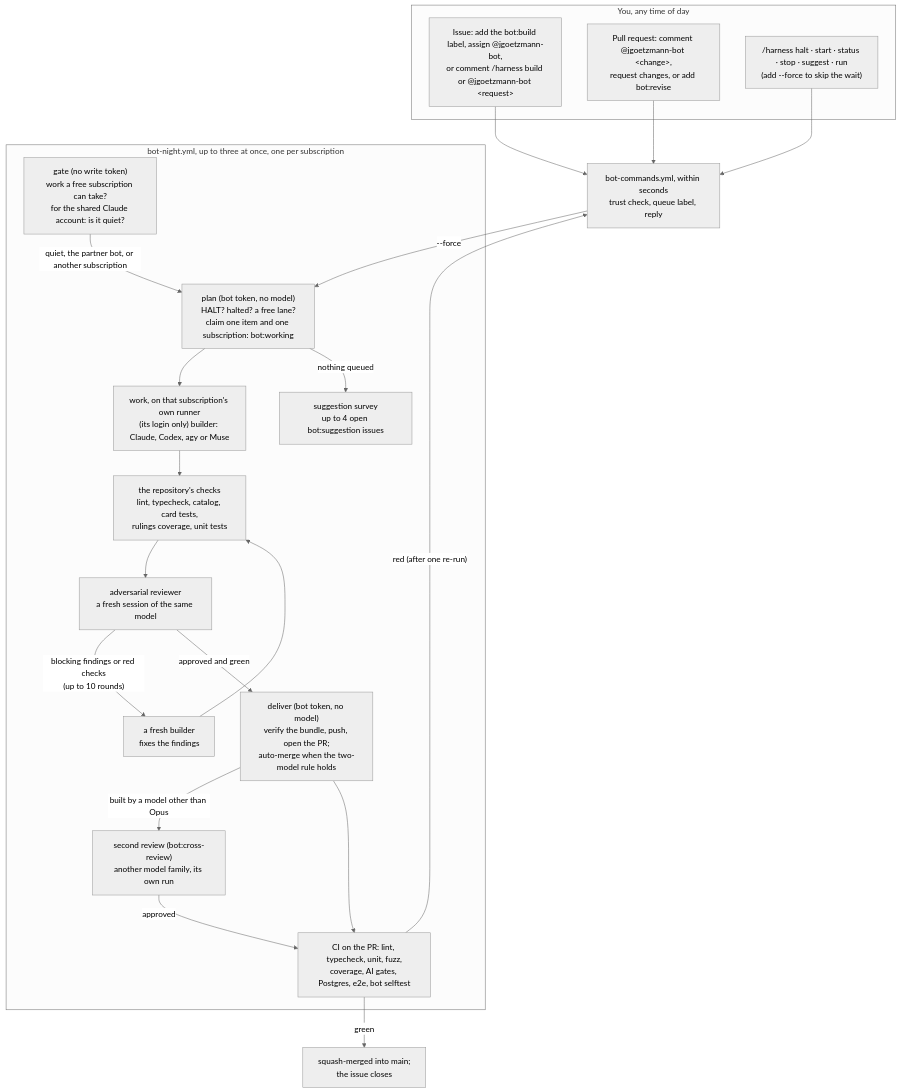
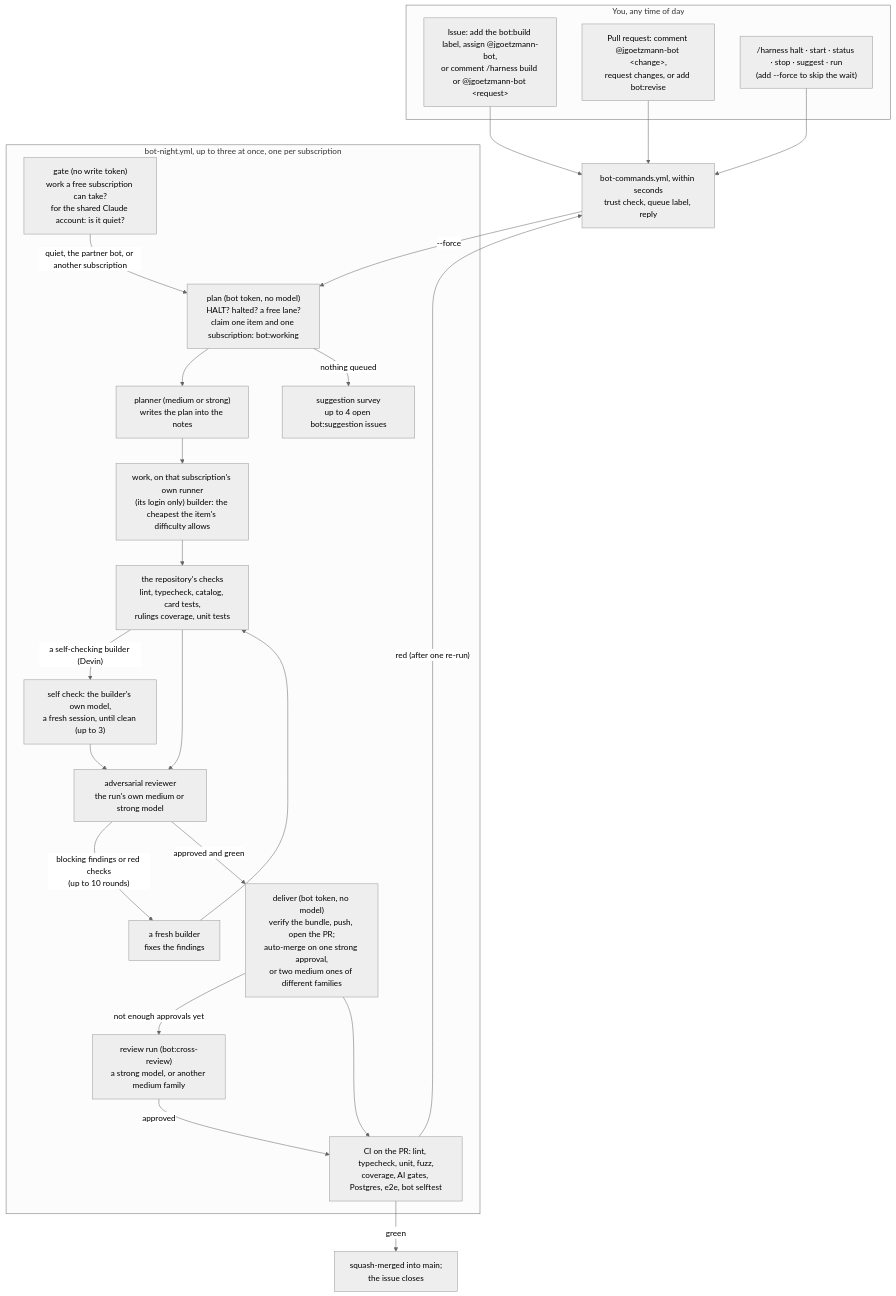
Before and after one commit to Jlore-Studios/JackiOh: the diagram in bot/README.md, drawn with Mermaid (neutral theme). The commit also changed other lines of this file and 28 other files, not shown here.

````diff
--- a/bot/README.md
+++ b/bot/README.md
@@ -21,30 +23,33 @@
 ```mermaid
 flowchart TD
   subgraph you["You, any time of day"]
     I["Issue: add the bot:build label, assign @jgoetzmann-bot,<br/>or comment /harness build or @jgoetzmann-bot &lt;request&gt;"]
     P["Pull request: comment @jgoetzmann-bot &lt;change&gt;,<br/>request changes, or add bot:revise"]
     K["/harness halt · start · status · stop · suggest · run<br/>(add --force to skip the wait)"]
   end
   I --> E
   P --> E
   K --> E
   E["bot-commands.yml, within seconds<br/>trust check, queue label, reply"]
   E -- "--force" --> PL
   subgraph night["bot-night.yml, up to three at once, one per subscription"]
     GA["gate (no write token)<br/>work a free subscription can take?<br/>for the shared Claude account: is it quiet?"]
     GA -- "quiet, the partner bot, or another subscription" --> PL
     PL["plan (bot token, no model)<br/>HALT? halted? a free lane?<br/>claim one item and one subscription: bot:working"]
-    PL --> B["work, on that subscription's own runner<br/>(its login only) builder: Claude, Codex, agy or Muse"]
+    PL --> PN["planner (medium or strong)<br/>writes the plan into the notes"]
+    PN --> B["work, on that subscription's own runner<br/>(its login only) builder: the cheapest the item's difficulty allows"]
     B --> G["the repository's checks<br/>lint, typecheck, catalog, card tests,<br/>rulings coverage, unit tests"]
-    G --> R["adversarial reviewer<br/>a fresh session of the same model"]
+    G -- "a self-checking builder (Devin)" --> SC["self check: the builder's own model,<br/>a fresh session, until clean (up to 3)"]
+    SC --> R
+    G --> R["adversarial reviewer<br/>the run's own medium or strong model"]
     R -- "blocking findings or red checks<br/>(up to 10 rounds)" --> F["a fresh builder<br/>fixes the findings"]
     F --> G
-    R -- "approved and green" --> D["deliver (bot token, no model)<br/>verify the bundle, push, open the PR;<br/>auto-merge when the two-model rule holds"]
-    D -- "built by a model other than Opus" --> X["second review (bot:cross-review)<br/>another model family, its own run"]
+    R -- "approved and green" --> D["deliver (bot token, no model)<br/>verify the bundle, push, open the PR;<br/>auto-merge on one strong approval,<br/>or two medium ones of different families"]
+    D -- "not enough approvals yet" --> X["review run (bot:cross-review)<br/>a strong model, or another medium family"]
     X -- "approved" --> CI
     PL -- "nothing queued" --> S["suggestion survey<br/>up to 4 open bot:suggestion issues"]
   end
   D --> CI["CI on the PR: lint, typecheck, unit, fuzz,<br/>coverage, AI gates, Postgres, e2e, bot selftest"]
   CI -- "green" --> M["squash-merged into main;<br/>the issue closes"]
   CI -- "red (after one re-run)" --> E
 ```
````
